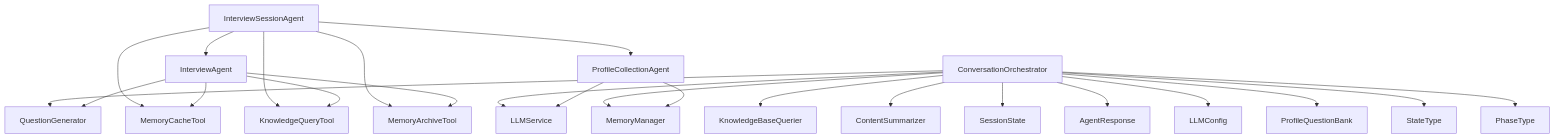
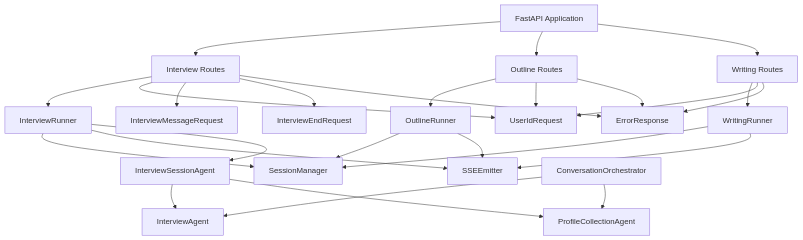
Before and after one commit to WangYiKai1017/zizuan: the seventh of 7 diagrams in .qoder/repowiki/en/content/Core Components/Core Components.md, drawn with Mermaid. The commit also changed other lines of this file and 31 other files, not shown here.

````diff
--- a/.qoder/repowiki/en/content/Core Components/Core Components.md
+++ b/.qoder/repowiki/en/content/Core Components/Core Components.md
@@ -428,25 +562,28 @@
 ```mermaid
 graph TB
-CO["ConversationOrchestrator"] --> LLM["LLMService"]
-CO --> MM["MemoryManager"]
-CO --> KBQ["KnowledgeBaseQuerier"]
-CO --> QG["QuestionGenerator"]
-CO --> CS["ContentSummarizer"]
-CO --> SS["SessionState"]
-CO --> AR["AgentResponse"]
-ISA["InterviewSessionAgent"] --> IA["InterviewAgent"]
+FAPI["FastAPI Application"] --> INT["Interview Routes"]
+FAPI --> BO["Outline Routes"]
+FAPI --> BW["Writing Routes"]
+INT --> IR["InterviewRunner"]
+BO --> OR["OutlineRunner"]
+BW --> WR["WritingRunner"]
+IR --> SM["SessionManager"]
+OR --> SM
+WR --> SM
+IR --> SE["SSEEmitter"]
+OR --> SE
+WR --> SE
+IR --> ISA["InterviewSessionAgent"]
+ISA --> IA["InterviewAgent"]
 ISA --> PCA["ProfileCollectionAgent"]
-ISA --> MCT["MemoryCacheTool"]
-ISA --> KQT["KnowledgeQueryTool"]
-ISA --> MAT["MemoryArchiveTool"]
-IA --> QG
-IA --> MCT
-IA --> KQT
-IA --> MAT
-PCA --> LLM
-PCA --> MM
-CO --> LC["LLMConfig"]
-CO --> PQB["ProfileQuestionBank"]
-CO --> ST["StateType"]
-CO --> PT["PhaseType"]
+CO["ConversationOrchestrator"] --> IA
+CO --> PCA
+INT --> UR["UserIdRequest"]
+INT --> IMR["InterviewMessageRequest"]
+INT --> IER["InterviewEndRequest"]
+BO --> UR
+BW --> UR
+INT --> ERR["ErrorResponse"]
+BO --> ERR
+BW --> ERR
 ```
````
